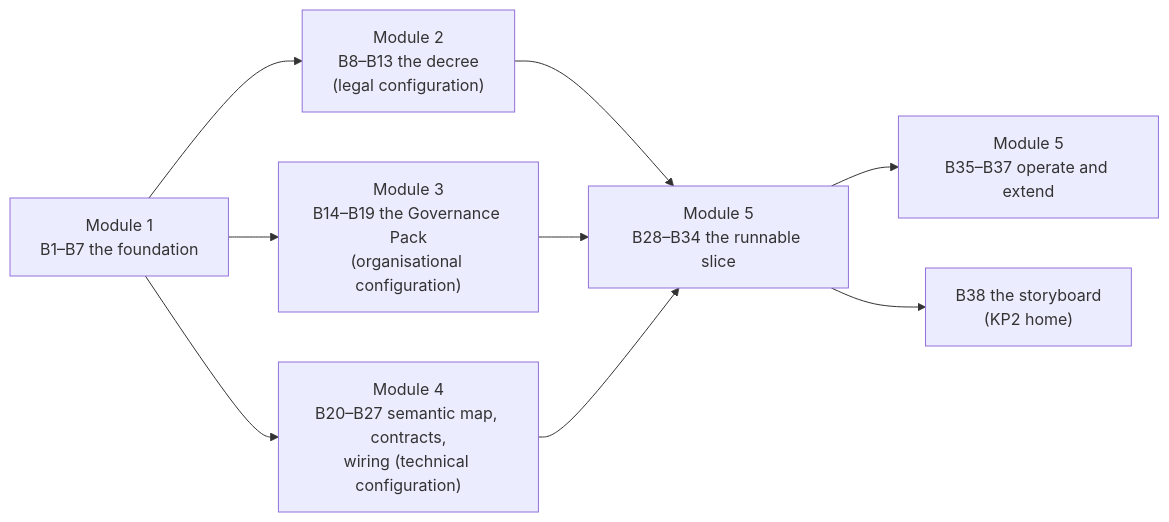
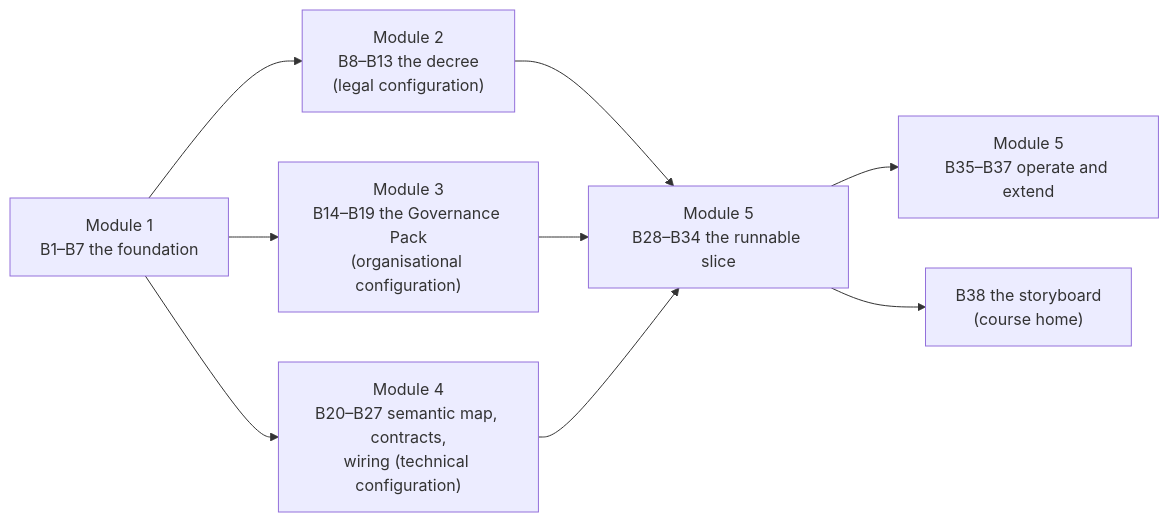
Before and after one commit to aarelaponin/geatdm-framework: the diagram in 10-Knowledge-Products/gitbook/kp2/your-framework-workbook.md, drawn with Mermaid. The commit also changed other lines of this file and 67 other files, not shown here.

````diff
--- a/10-Knowledge-Products/gitbook/kp2/your-framework-workbook.md
+++ b/10-Knowledge-Products/gitbook/kp2/your-framework-workbook.md
@@ -33,11 +33,11 @@
 ```mermaid
 flowchart LR
     F["Module 1\nB1–B7 the foundation"] --> L["Module 2\nB8–B13 the decree\n(legal configuration)"]
     F --> O["Module 3\nB14–B19 the Governance Pack\n(organisational configuration)"]
     F --> T["Module 4\nB20–B27 semantic map, contracts,\nwiring (technical configuration)"]
     L --> R["Module 5\nB28–B34 the runnable slice"]
     O --> R
     T --> R
     R --> OPS["Module 5\nB35–B37 operate and extend"]
-    R --> SB["B38 the storyboard\n(KP2 home)"]
+    R --> SB["B38 the storyboard\n(course home)"]
 ```
````
